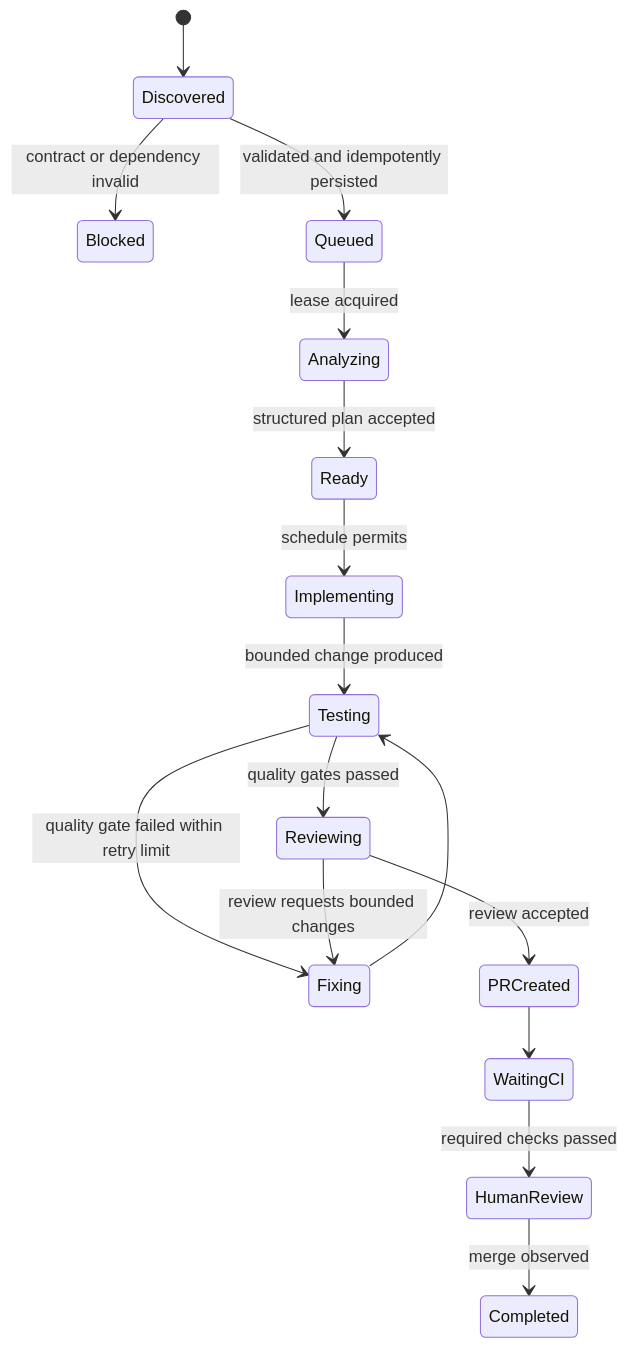
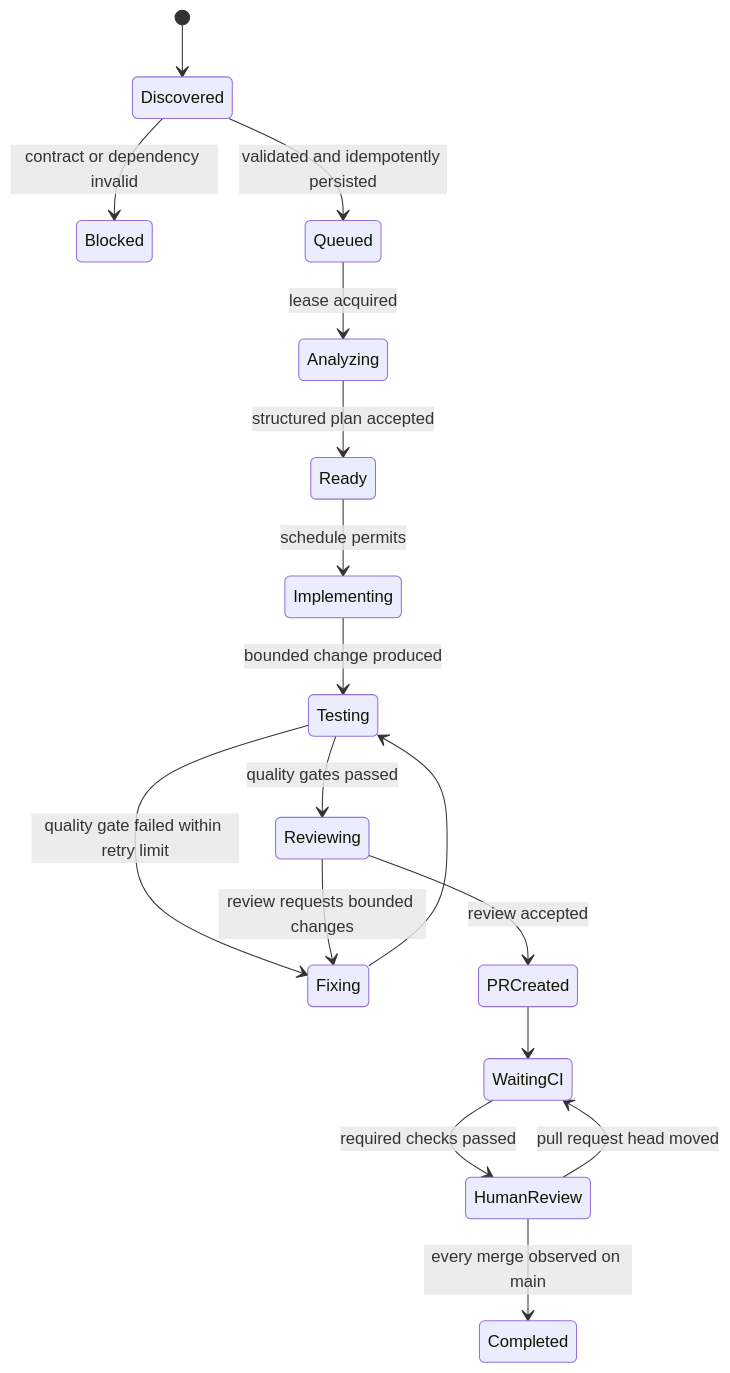
Before and after one commit to kelolakelas/kelolakelas-docs: the diagram in docs/planning/ai-orchestrator-implementation-plan.md, drawn with Mermaid. The commit also changed other lines of this file and 2 other files, not shown here.

````diff
--- a/docs/planning/ai-orchestrator-implementation-plan.md
+++ b/docs/planning/ai-orchestrator-implementation-plan.md
@@ -43,18 +43,19 @@
 ```mermaid
 stateDiagram-v2
     [*] --> Discovered
     Discovered --> Blocked: contract or dependency invalid
     Discovered --> Queued: validated and idempotently persisted
     Queued --> Analyzing: lease acquired
     Analyzing --> Ready: structured plan accepted
     Ready --> Implementing: schedule permits
     Implementing --> Testing: bounded change produced
     Testing --> Fixing: quality gate failed within retry limit
     Fixing --> Testing
     Testing --> Reviewing: quality gates passed
     Reviewing --> Fixing: review requests bounded changes
     Reviewing --> PRCreated: review accepted
     PRCreated --> WaitingCI
     WaitingCI --> HumanReview: required checks passed
-    HumanReview --> Completed: merge observed
+    HumanReview --> WaitingCI: pull request head moved
+    HumanReview --> Completed: every merge observed on main
 ```
````
